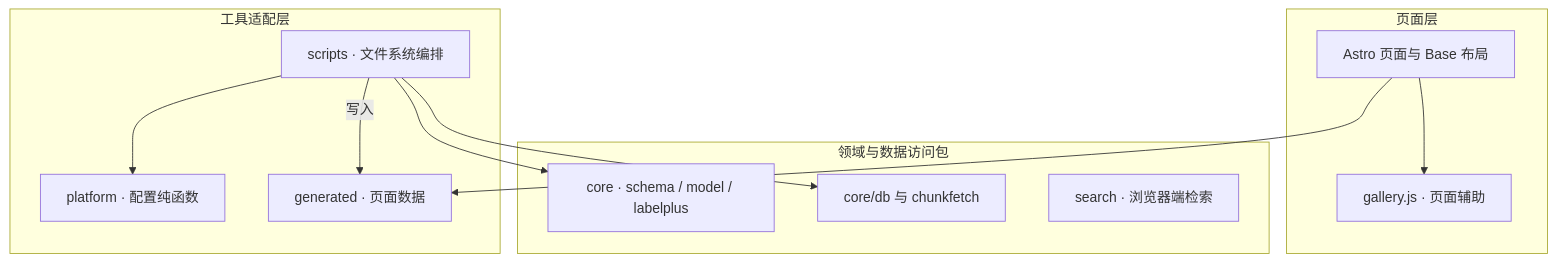
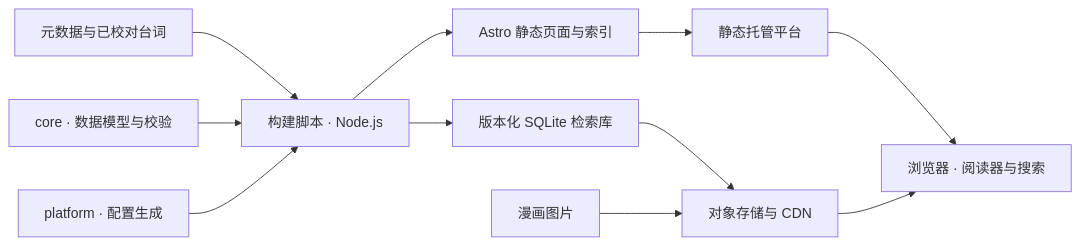
One commit to CyberNova2333/pagehaven changed the diagram in README.md. Above: the diagram before and after it, drawn with Mermaid. The commit also changed other lines of this file and 25 other files, not shown here.

````diff
--- a/README.md
+++ b/README.md
@@ -26,23 +117,13 @@
 ```mermaid
-flowchart TB
-    subgraph L0["页面层"]
-        PAGE["Astro 页面与 Base 布局"]
-        VIEW["gallery.js · 页面辅助"]
-    end
-    subgraph L1["领域与数据访问包"]
-        CORE["core · schema / model / labelplus"]
-        DB["core/db 与 chunkfetch"]
-        SEARCH["search · 浏览器端检索"]
-    end
-    subgraph L2["工具适配层"]
-        TOOLS["scripts · 文件系统编排"]
-        PLATFORM["platform · 配置纯函数"]
-        DATA["generated · 页面数据"]
-    end
-    PAGE --> VIEW
-    PAGE --> DATA
-    TOOLS --> CORE
-    TOOLS --> DB
-    TOOLS --> PLATFORM
-    TOOLS -->|写入| DATA
+flowchart LR
+    INPUT["元数据与已校对台词"] --> BUILD["构建脚本 · Node.js"]
+    CORE["core · 数据模型与校验"] --> BUILD
+    PLATFORM["platform · 配置生成"] --> BUILD
+    BUILD --> SITE["Astro 静态页面与索引"]
+    BUILD --> DB["版本化 SQLite 检索库"]
+    SITE --> HOST["静态托管平台"]
+    DB --> CDN["对象存储与 CDN"]
+    IMAGES["漫画图片"] --> CDN
+    HOST --> BROWSER["浏览器 · 阅读器与搜索"]
+    CDN --> BROWSER
 ```
````
